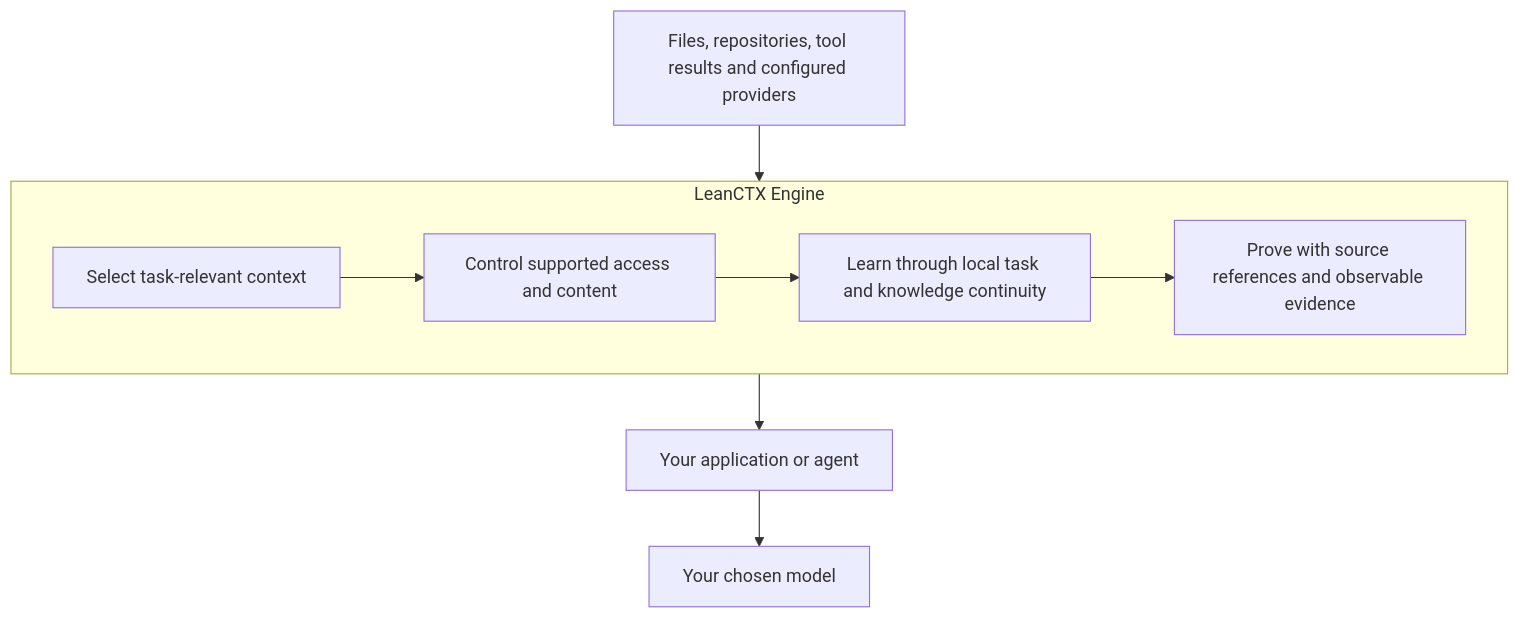
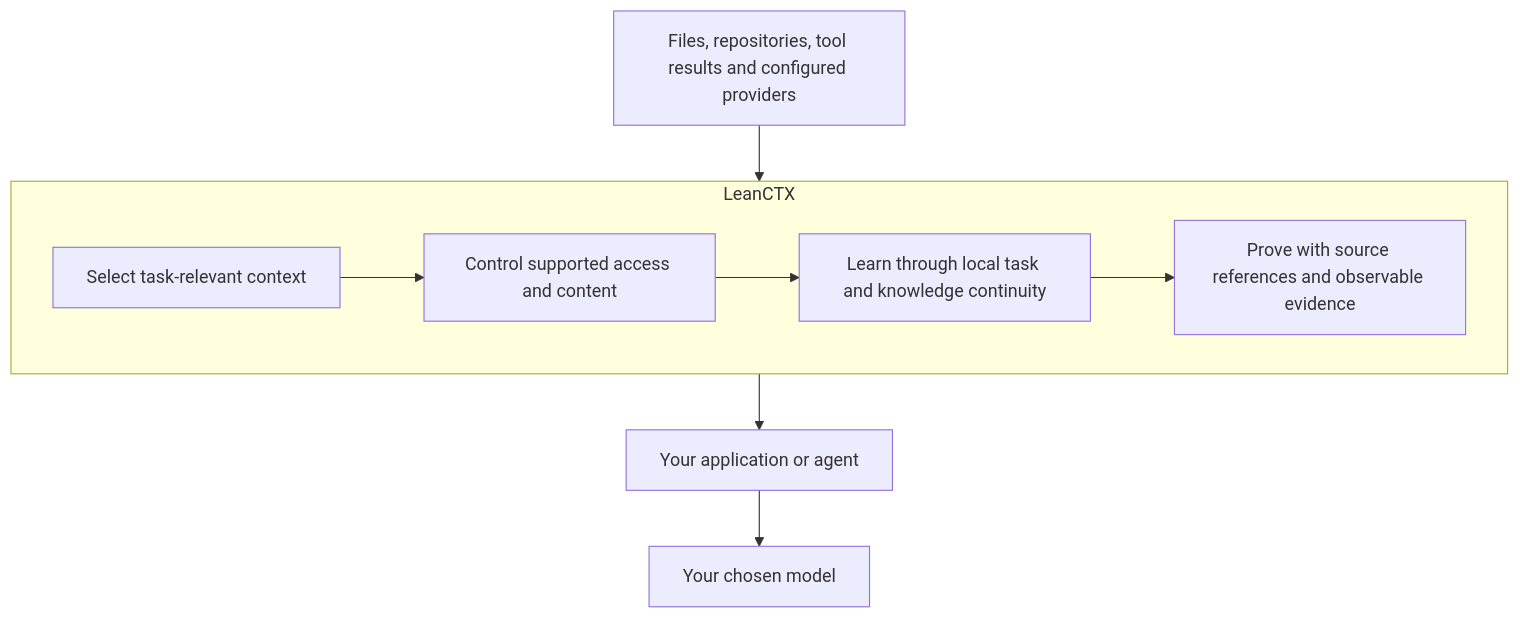
Before and after one commit to yvgude/lean-ctx: the diagram in ARCHITECTURE.md, drawn with Mermaid. The commit also changed other lines of this file and 2909 other files, not shown here.

````diff
--- a/ARCHITECTURE.md
+++ b/ARCHITECTURE.md
@@ -13,11 +13,11 @@
 ```mermaid
 flowchart TD
   S[Files, repositories, tool results and configured providers] --> G
-  subgraph G[LeanCTX Engine]
+  subgraph G[LeanCTX]
     A[Select task-relevant context] --> B[Control supported access and content]
     B --> L[Learn through local task and knowledge continuity]
     L --> C[Prove with source references and observable evidence]
   end
   G --> H[Your application or agent]
   H --> M[Your chosen model]
 ```
````
